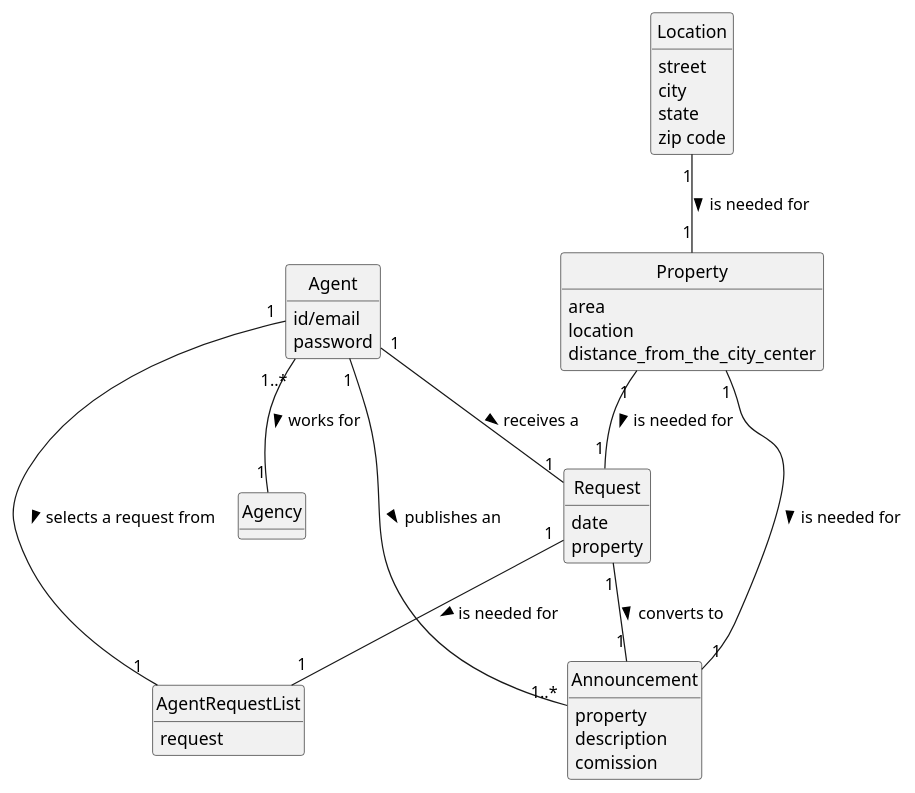
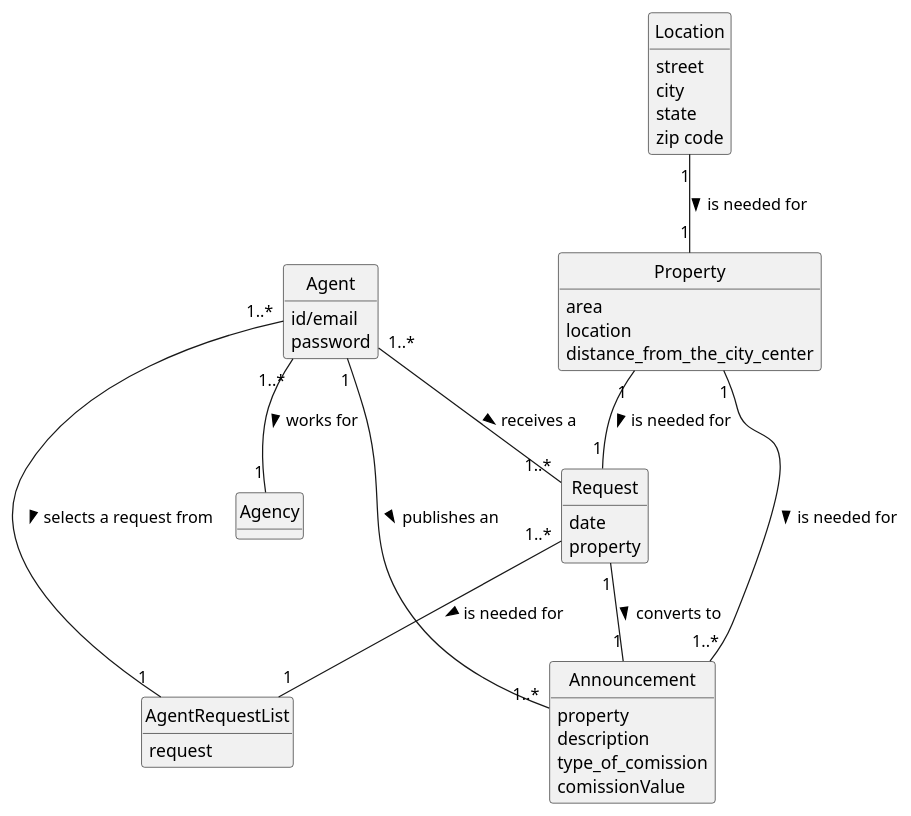
The diagram in docs/Sprint-C/US008/02.analysis/puml/us008-domain-model.puml (Rodrick0209/ISEP-LAPR2-22-23), drawn with PlantUML before and after one commit. The commit also changed 3 other files, not shown here.

Commit message:
global dommain model srpint c and b updated fixed all past mistakes ( took out company ,store, user,controllers) still needs imrpovement . global use case diagram updated

```diff
--- a/docs/Sprint-C/US008/02.analysis/puml/us008-domain-model.puml
+++ b/docs/Sprint-C/US008/02.analysis/puml/us008-domain-model.puml
@@ -1,64 +1,65 @@
   @startuml
 skinparam packageStyle rectangle
 skinparam shadowing false
 
 'left to right direction
 
 skinparam classAttributeIconSize 0
 
 hide circle
 hide methods
 
 'title Domain Model
 
 'class Platform {
 '  -description
 '}
 
 class Agent {
 id/email
 password
 }
 
 class  AgentRequestList{
 request
 
 }
 class Request{
 date
 property
 }
 
 
 class Location{
 street
 city
 state
 zip code
 }
 
 class Property {
    area
    location
     distance_from_the_city_center
 }
 
 class Announcement {
   property
     description
-    comission
+           type_of_comission
+           comissionValue
   }
 
 Agent "1..*" -- "1" Agency : works for  >
-Agent "1" -- "1" Request : receives a  >
-Agent "1" -- "1" AgentRequestList: selects a request from >
-Property "1"-- "1"Announcement: is needed for  >
+Agent "1..*" -- "1..*" Request : receives a  >
+Agent "1..*" -- "1" AgentRequestList: selects a request from >
+Property "1"-- "1..*"Announcement: is needed for  >
 Property "1"-- "1"Request: is needed for  >
-Request "1"-- "1"AgentRequestList: is needed for  >
+Request "1..*"-- "1"AgentRequestList: is needed for  >
 Request "1"-- "1"Announcement: converts to  >
 Location "1"--"1" Property : is needed for >
 
 Agent "1" -- "1..*" Announcement : publishes an >
 
 
 @enduml
```
